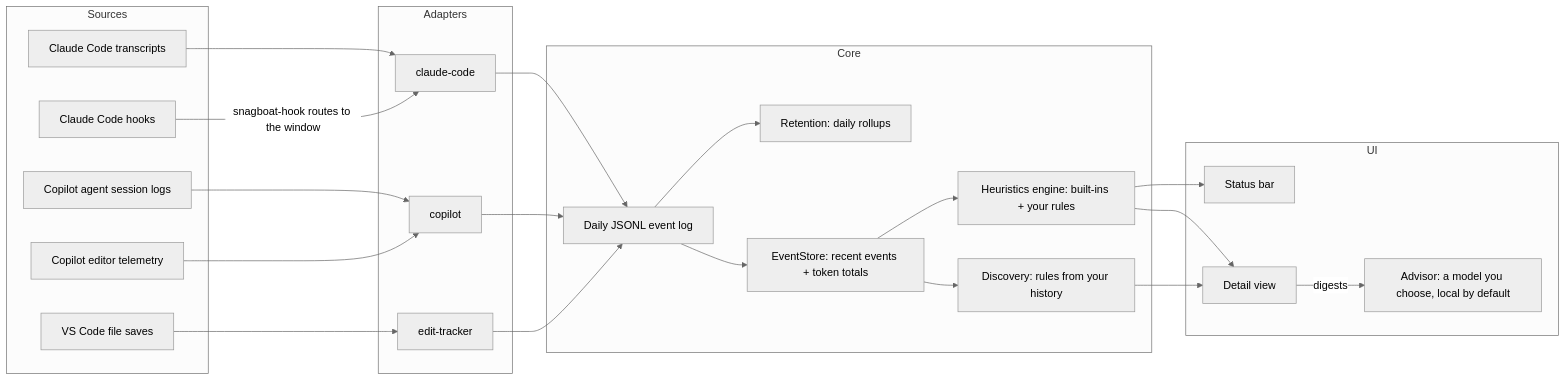
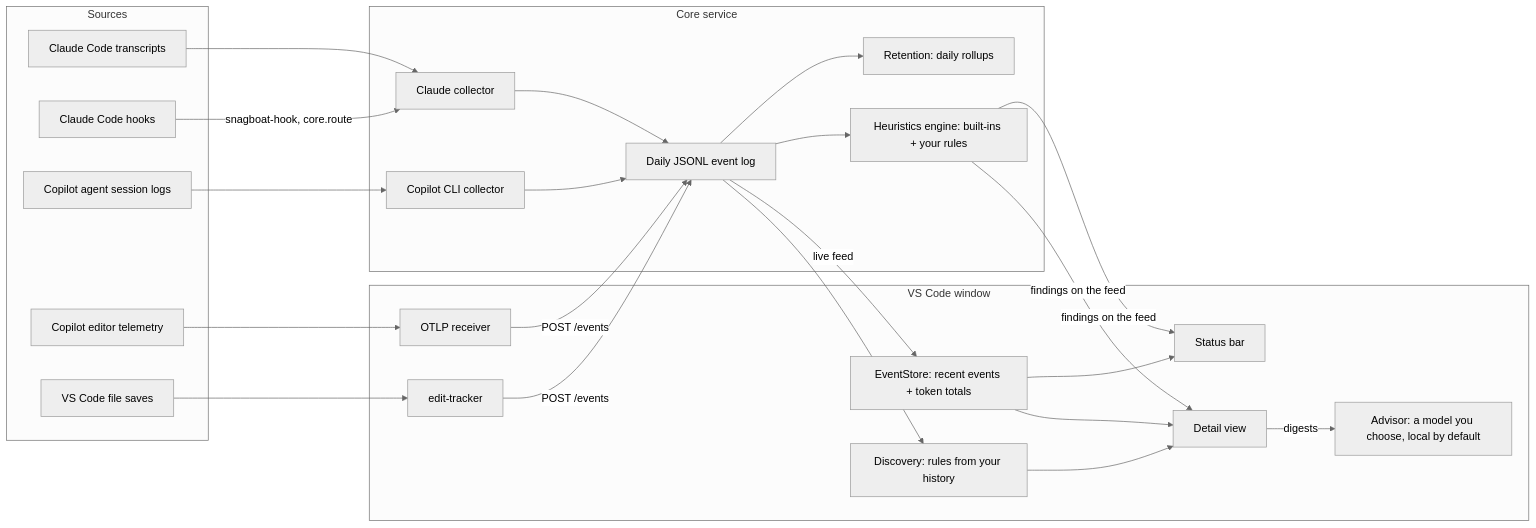
One commit to DChristianson/snagboat changed the second of 2 diagrams in docs/architecture.md. Above: the diagram before and after it, drawn with Mermaid (neutral theme). The commit also changed other lines of this file and 42 other files, not shown here.

````diff
--- a/docs/architecture.md
+++ b/docs/architecture.md
@@ -68,41 +74,42 @@
 ```mermaid
 flowchart LR
   subgraph Sources
     Transcripts[Claude Code transcripts]
     Hooks[Claude Code hooks]
     CopilotCli[Copilot agent session logs]
     Copilot[Copilot editor telemetry]
     Saves[VS Code file saves]
   end
 
-  subgraph Adapters
-    ClaudeAdapter[claude-code]
-    CopilotAdapter[copilot]
-    EditTracker[edit-tracker]
+  subgraph Core[Core service]
+    ClaudeCollector[Claude collector]
+    CopilotCollector[Copilot CLI collector]
+    EventLog[Daily JSONL event log]
+    Retention[Retention: daily rollups]
+    Heuristics[Heuristics engine: built-ins + your rules]
   end
 
-  subgraph Core
-    EventLog[Daily JSONL event log]
-    Retention[Retention: daily rollups]
+  subgraph Window[VS Code window]
+    OtelReceiver[OTLP receiver]
+    EditTracker[edit-tracker]
     Store[EventStore: recent events + token totals]
-    Heuristics[Heuristics engine: built-ins + your rules]
     Discovery[Discovery: rules from your history]
-  end
-
-  subgraph UI
     Status[Status bar]
     Detail[Detail view]
     Advisor[Advisor: a model you choose, local by default]
   end
 
-  Transcripts --> ClaudeAdapter
-  Hooks -->|snagboat-hook routes to the window| ClaudeAdapter
-  CopilotCli --> CopilotAdapter
-  Copilot --> CopilotAdapter
+  Transcripts --> ClaudeCollector
+  Hooks -->|snagboat-hook, core.route| ClaudeCollector
+  CopilotCli --> CopilotCollector
+  Copilot --> OtelReceiver
   Saves --> EditTracker
-  ClaudeAdapter & CopilotAdapter & EditTracker --> EventLog
+  OtelReceiver & EditTracker -->|POST /events| EventLog
+  ClaudeCollector & CopilotCollector --> EventLog
   EventLog --> Retention
-  EventLog --> Store --> Heuristics --> Status & Detail
-  Store --> Discovery --> Detail
+  EventLog --> Heuristics
+  EventLog -->|live feed| Store --> Status & Detail
+  Heuristics -->|findings on the feed| Status & Detail
+  EventLog --> Discovery --> Detail
   Detail -->|digests| Advisor
 ```
````
